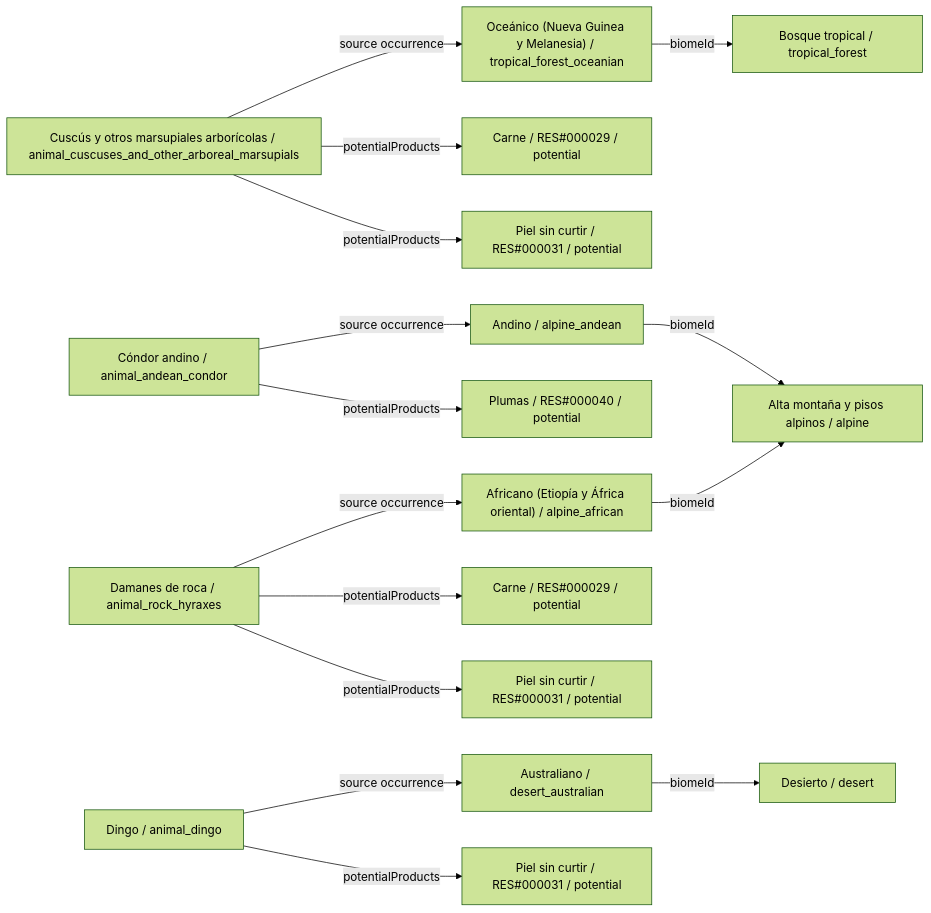
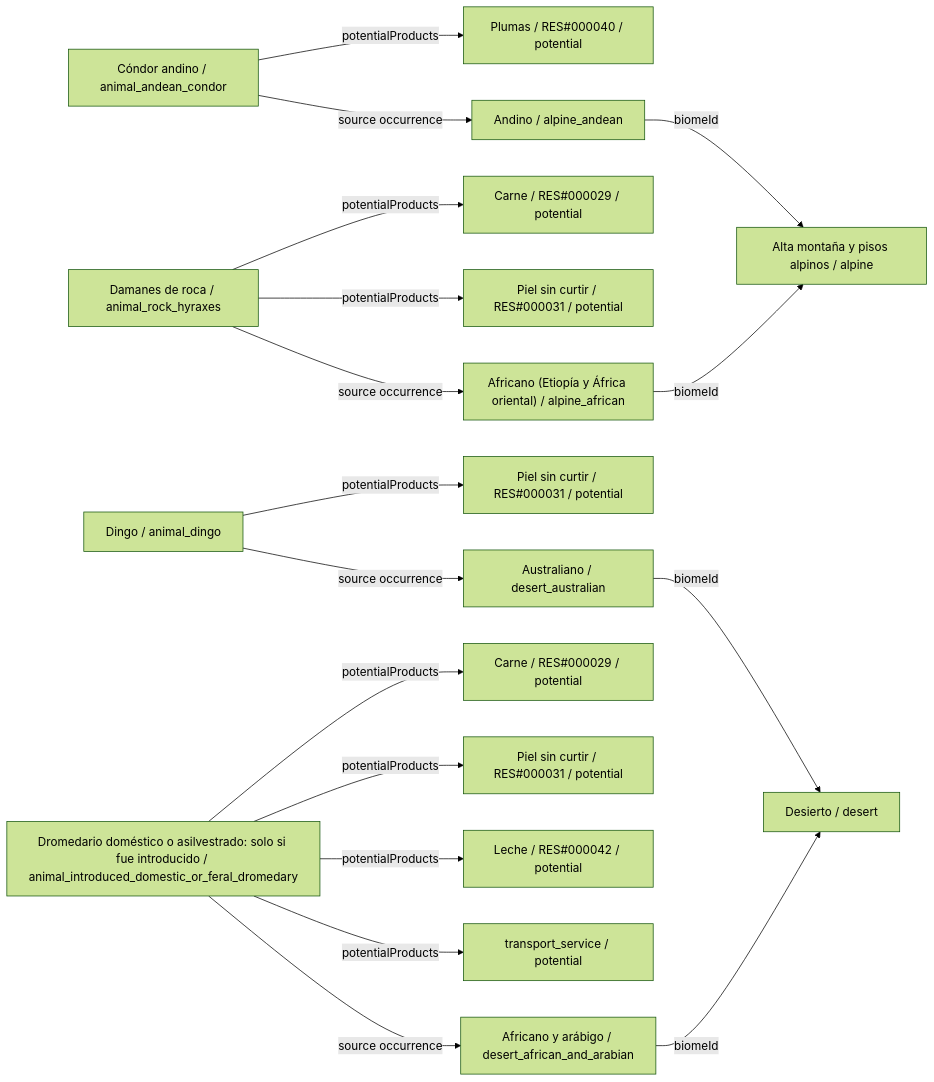
Before and after one commit to fgabo404/EvolveDoc: the eighth of 26 diagrams in data/animals/DIAGRAMS.es.md, drawn with Mermaid (forest theme). The commit also changed other lines of this file and 59 other files, not shown here.

````diff
--- a/data/animals/DIAGRAMS.es.md
+++ b/data/animals/DIAGRAMS.es.md
@@ -537,34 +455,37 @@
 ```mermaid
 flowchart LR
-    c0["Cuscús y otros marsupiales arborícolas / animal_cuscuses_and_other_arboreal_marsupials"]
-    v3["Oceánico (Nueva Guinea y Melanesia) / tropical_forest_oceanian"]
-    b0["Bosque tropical / tropical_forest"]
-    o0_0["Carne / RES#000029 / potential"]
-    o0_1["Piel sin curtir / RES#000031 / potential"]
-    c1["Cóndor andino / animal_andean_condor"]
+    c0["Cóndor andino / animal_andean_condor"]
     v23["Andino / alpine_andean"]
     b6["Alta montaña y pisos alpinos / alpine"]
-    o1_0["Plumas / RES#000040 / potential"]
-    c2["Damanes de roca / animal_rock_hyraxes"]
+    o0_0["Plumas / RES#000040 / potential"]
+    c1["Damanes de roca / animal_rock_hyraxes"]
     v26["Africano (Etiopía y África oriental) / alpine_african"]
-    o2_0["Carne / RES#000029 / potential"]
-    o2_1["Piel sin curtir / RES#000031 / potential"]
-    c3["Dingo / animal_dingo"]
+    o1_0["Carne / RES#000029 / potential"]
+    o1_1["Piel sin curtir / RES#000031 / potential"]
+    c2["Dingo / animal_dingo"]
     v18["Australiano / desert_australian"]
     b4["Desierto / desert"]
-    o3_0["Piel sin curtir / RES#000031 / potential"]
+    o2_0["Piel sin curtir / RES#000031 / potential"]
+    c3["Dromedario doméstico o asilvestrado: solo si fue introducido / animal_introduced_domestic_or_feral_dromedary"]
+    v16["Africano y arábigo / desert_african_and_arabian"]
+    o3_0["Carne / RES#000029 / potential"]
+    o3_1["Piel sin curtir / RES#000031 / potential"]
+    o3_2["Leche / RES#000042 / potential"]
+    o3_3["transport_service / potential"]
     c0 -->|potentialProducts| o0_0
-    c0 -->|potentialProducts| o0_1
-    c0 -->|source occurrence| v3
+    c0 -->|source occurrence| v23
     c1 -->|potentialProducts| o1_0
-    c1 -->|source occurrence| v23
+    c1 -->|potentialProducts| o1_1
+    c1 -->|source occurrence| v26
     c2 -->|potentialProducts| o2_0
-    c2 -->|potentialProducts| o2_1
-    c2 -->|source occurrence| v26
+    c2 -->|source occurrence| v18
     c3 -->|potentialProducts| o3_0
-    c3 -->|source occurrence| v18
+    c3 -->|potentialProducts| o3_1
+    c3 -->|potentialProducts| o3_2
+    c3 -->|potentialProducts| o3_3
+    c3 -->|source occurrence| v16
+    v16 -->|biomeId| b4
     v18 -->|biomeId| b4
     v23 -->|biomeId| b6
     v26 -->|biomeId| b6
-    v3 -->|biomeId| b0
 ```
````
